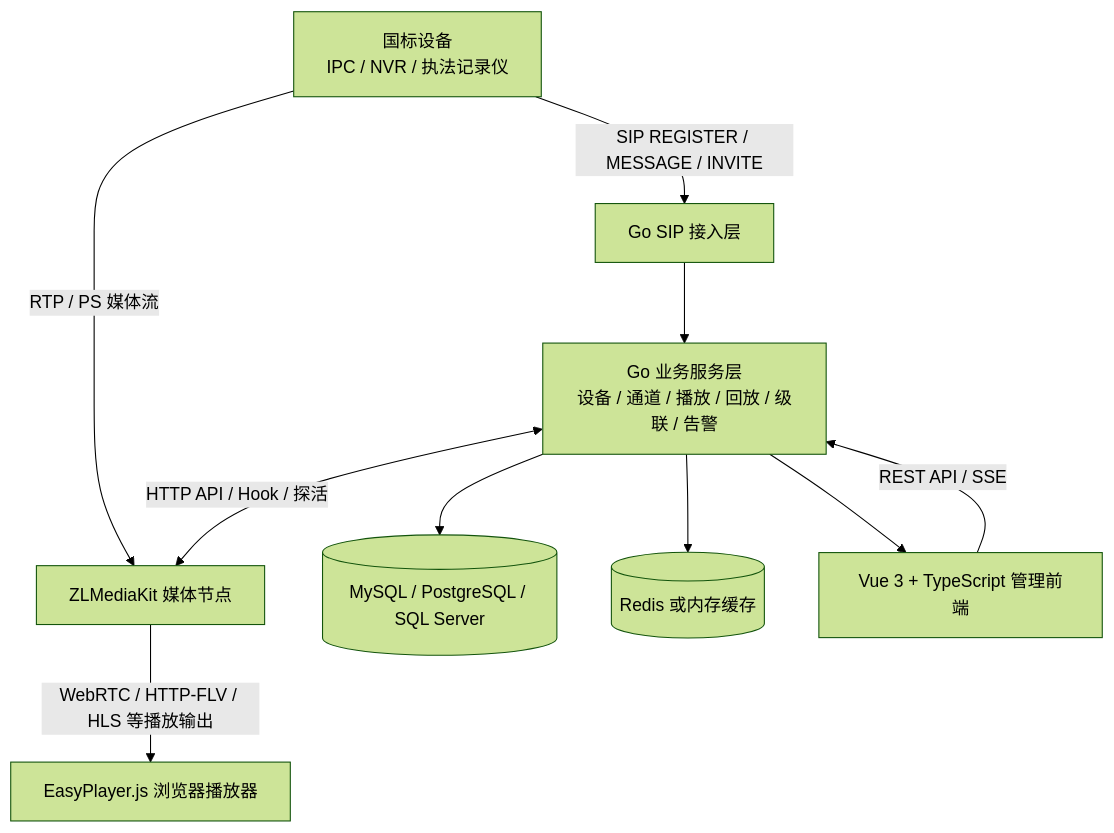
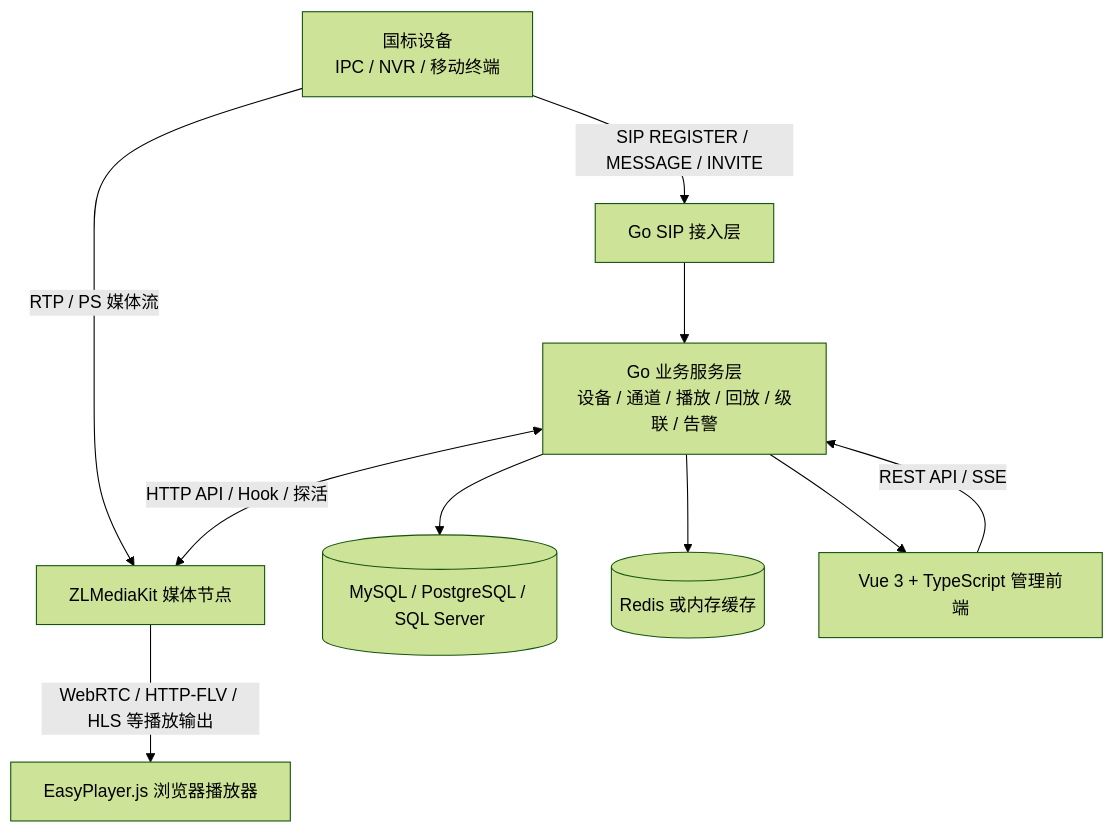
Before and after one commit to Frank-Coding97/uvp-gb28181: the diagram in README.md, drawn with Mermaid (forest theme).

Commit message:
docs(readme): 架构图中的执法记录仪改为移动终端
二分定位结果：Gitee 自动审核命中的唯一触发点是「执法记录仪」这个词组，与二维码、图片均无关。

把词拆开任一方向（执法终端 / 巡检记录仪）都能放行，说明命中的是整词。

该词属警用装备类，平台按特种设备处理；改为移动终端表述不损失技术含义。

````diff
--- a/README.md
+++ b/README.md
@@ -143,14 +143,14 @@
 ```mermaid
 flowchart TB
-    D[国标设备<br/>IPC / NVR / 执法记录仪] -->|SIP REGISTER / MESSAGE / INVITE| S[Go SIP 接入层]
+    D[国标设备<br/>IPC / NVR / 移动终端] -->|SIP REGISTER / MESSAGE / INVITE| S[Go SIP 接入层]
     D -->|RTP / PS 媒体流| Z[ZLMediaKit 媒体节点]
 
     S --> B[Go 业务服务层<br/>设备 / 通道 / 播放 / 回放 / 级联 / 告警]
     B --> DB[(MySQL / PostgreSQL / SQL Server)]
     B --> R[(Redis 或内存缓存)]
     B <-->|HTTP API / Hook / 探活| Z
 
     B --> W[Vue 3 + TypeScript 管理前端]
     Z -->|WebRTC / HTTP-FLV / HLS 等播放输出| P[EasyPlayer.js 浏览器播放器]
     W -->|REST API / SSE| B
 ```
````
